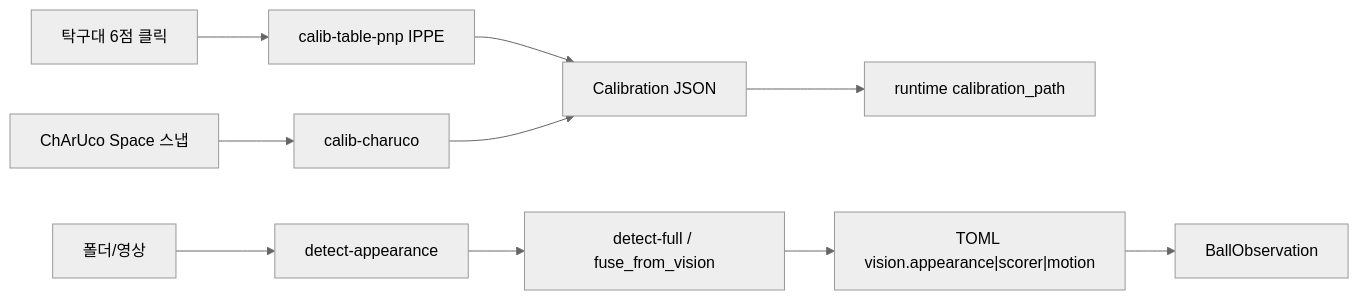
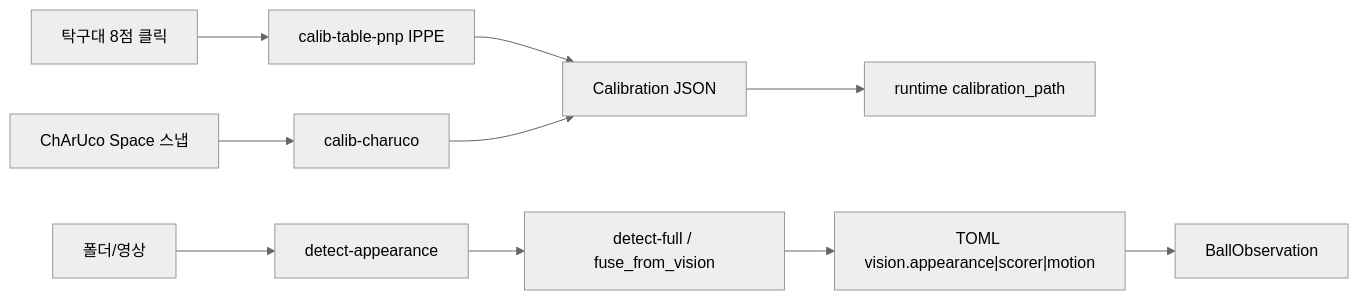
Before and after one commit to luv-all/pingpong-bot: the fourth of 4 diagrams in README.md, drawn with Mermaid (neutral theme). The commit also changed other lines of this file and 53 other files, not shown here.

````diff
--- a/README.md
+++ b/README.md
@@ -327,9 +327,9 @@
 ```mermaid
 flowchart LR
-  table["탁구대 6점 클릭"] --> pnp["calib-table-pnp IPPE"] --> json["Calibration JSON"]
+  table["탁구대 8점 클릭"] --> pnp["calib-table-pnp IPPE"] --> json["Calibration JSON"]
   boards["ChArUco Space 스냅"] --> calib["calib-charuco"] --> json
   frames["폴더/영상"] --> appearance["detect-appearance"] --> full["detect-full / fuse_from_vision"]
   json --> runtime["runtime calibration_path"]
   full --> vision["TOML vision.appearance|scorer|motion"]
   vision --> obs["BallObservation"]
 ```
````
